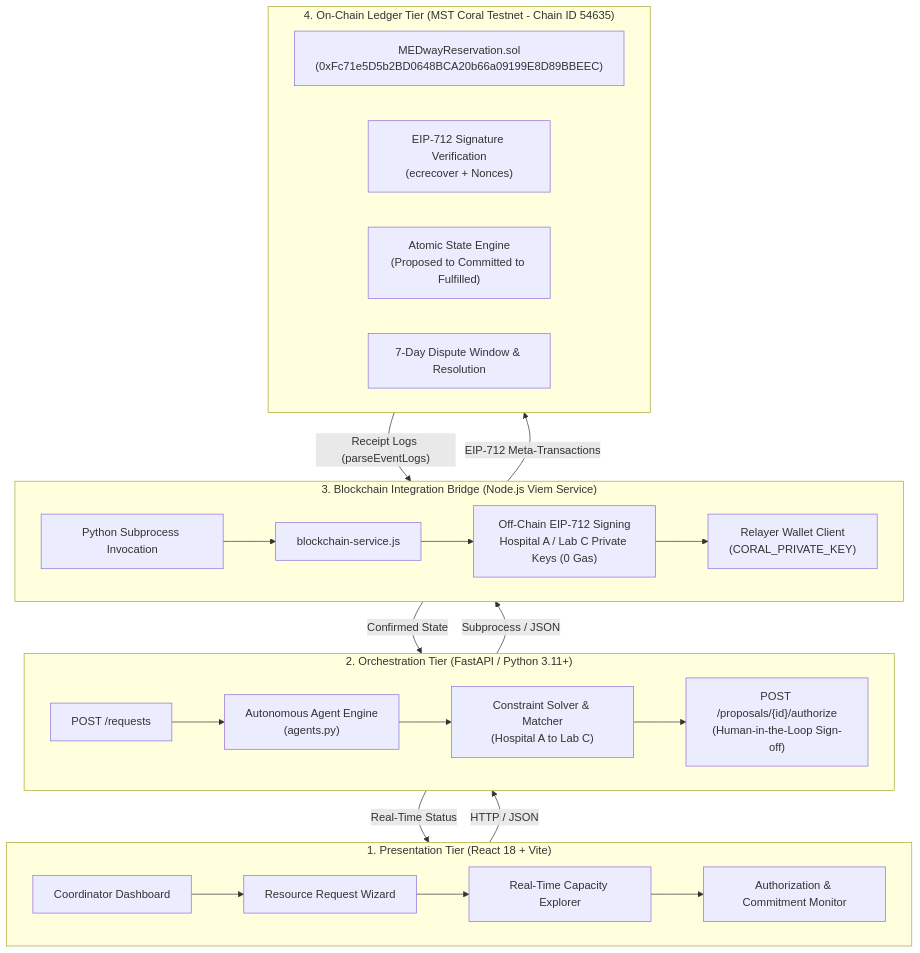
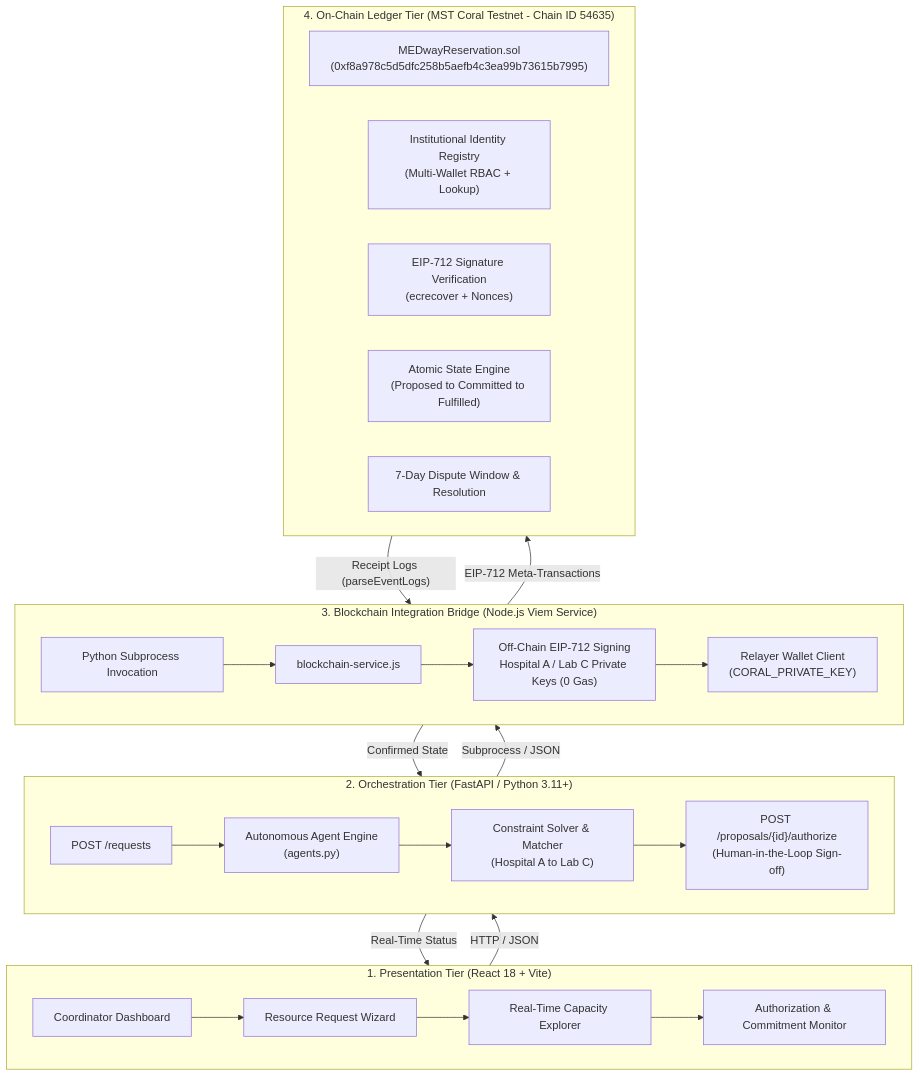
Before and after one commit to omkar0075/blockchain: the first of 3 diagrams in README.md, drawn with Mermaid. The commit also changed other lines of this file and 14 other files, not shown here.

Commit message:
feat: complete Feature 2 On-Chain Institutional Identity Registry, deploy to Coral Testnet, and verify all 8 test modules

````diff
--- a/README.md
+++ b/README.md
@@ -89,34 +89,35 @@
 ```mermaid
 flowchart TB
     subgraph UI["1. Presentation Tier (React 18 + Vite)"]
         A1["Coordinator Dashboard"] --> A2["Resource Request Wizard"]
         A2 --> A3["Real-Time Capacity Explorer"]
         A3 --> A4["Authorization & Commitment Monitor"]
     end
 
     subgraph API["2. Orchestration Tier (FastAPI / Python 3.11+)"]
         B1["POST /requests"] --> B2["Autonomous Agent Engine<br/>(agents.py)"]
         B2 --> B3["Constraint Solver & Matcher<br/>(Hospital A to Lab C)"]
         B3 --> B4["POST /proposals/{id}/authorize<br/>(Human-in-the-Loop Sign-off)"]
     end
 
     subgraph BRIDGE["3. Blockchain Integration Bridge (Node.js Viem Service)"]
         C1["Python Subprocess Invocation"] --> C2["blockchain-service.js"]
         C2 --> C3["Off-Chain EIP-712 Signing<br/>Hospital A / Lab C Private Keys (0 Gas)"]
         C3 --> C4["Relayer Wallet Client<br/>(CORAL_PRIVATE_KEY)"]
     end
 
     subgraph CHAIN["4. On-Chain Ledger Tier (MST Coral Testnet - Chain ID 54635)"]
-        D1["MEDwayReservation.sol<br/>(0xFc71e5D5b2BD0648BCA20b66a09199E8D89BBEEC)"]
-        D2["EIP-712 Signature Verification<br/>(ecrecover + Nonces)"]
-        D3["Atomic State Engine<br/>(Proposed to Committed to Fulfilled)"]
-        D4["7-Day Dispute Window & Resolution"]
+        D1["MEDwayReservation.sol<br/>(0xf8a978c5d5dfc258b5aefb4c3ea99b73615b7995)"]
+        D2["Institutional Identity Registry<br/>(Multi-Wallet RBAC + Lookup)"]
+        D3["EIP-712 Signature Verification<br/>(ecrecover + Nonces)"]
+        D4["Atomic State Engine<br/>(Proposed to Committed to Fulfilled)"]
+        D5["7-Day Dispute Window & Resolution"]
     end
 
     UI -->|"HTTP / JSON"| API
     API -->|"Subprocess / JSON"| BRIDGE
     BRIDGE -->|"EIP-712 Meta-Transactions"| CHAIN
     CHAIN -->|"Receipt Logs (parseEventLogs)"| BRIDGE
     BRIDGE -->|"Confirmed State"| API
     API -->|"Real-Time Status"| UI
 ```
````
